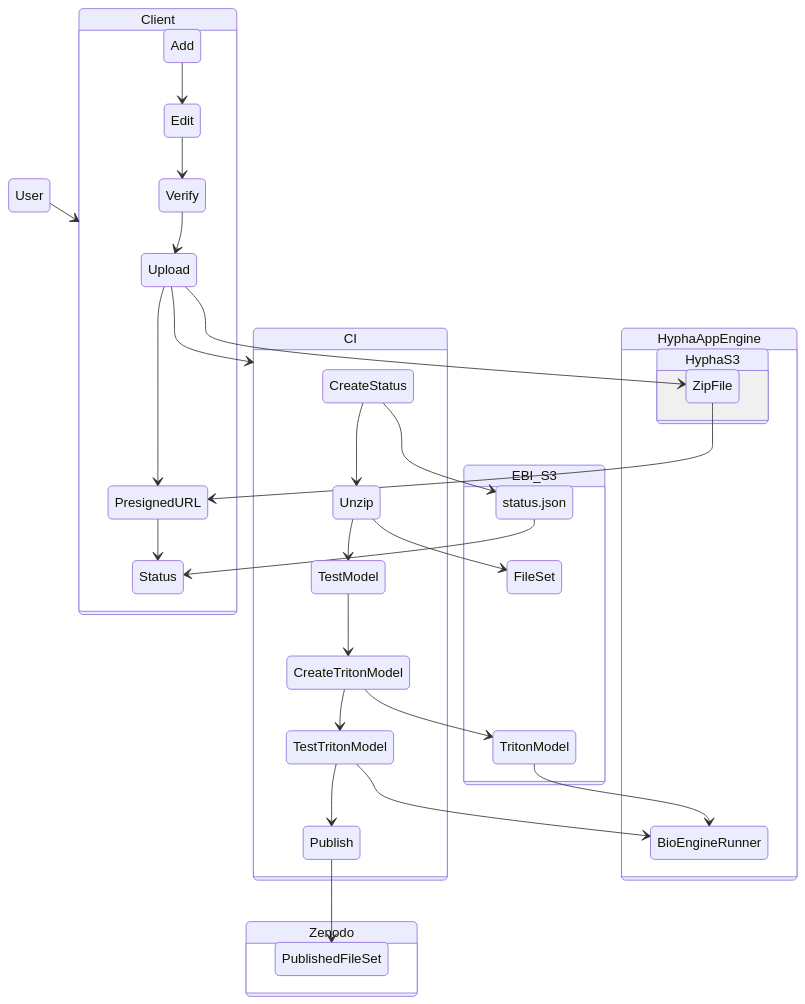
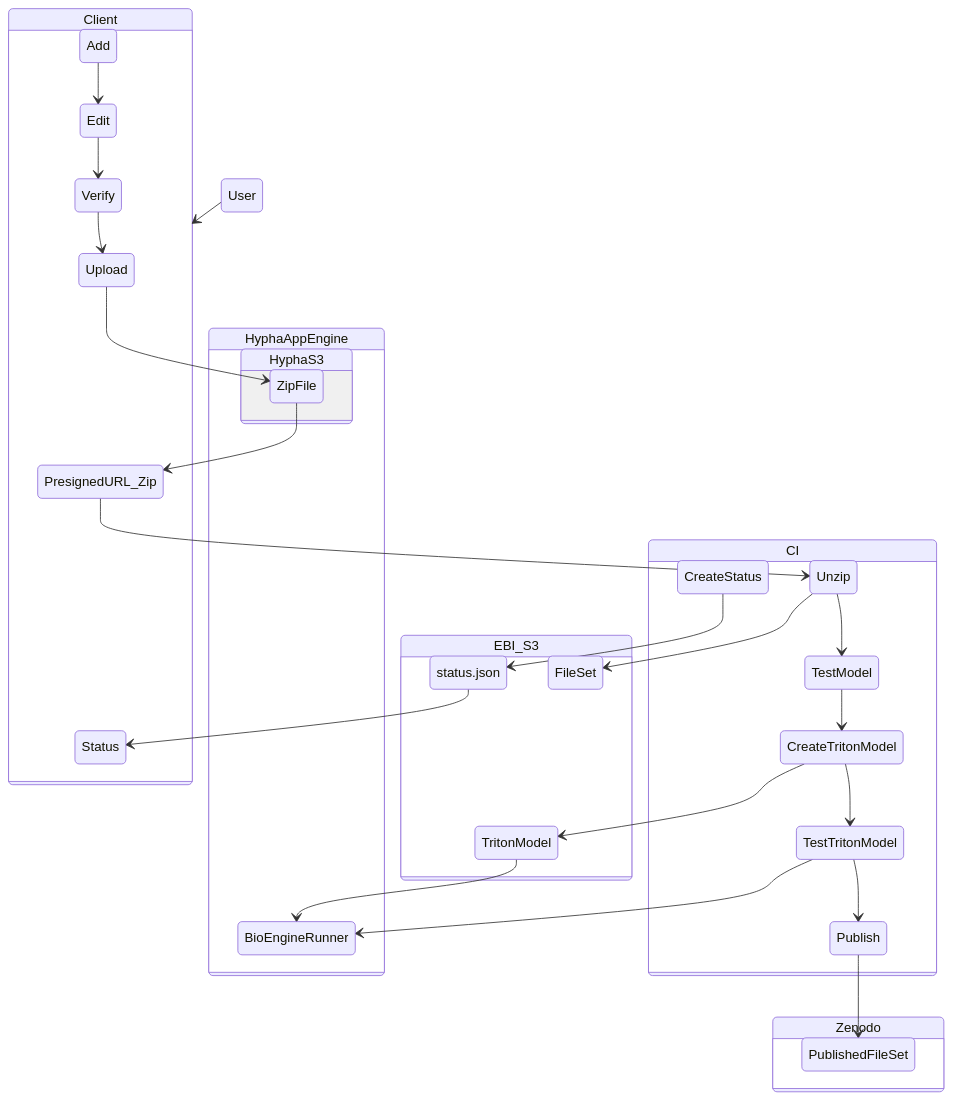
The diagram in README.md (bioimage-io/bioimageio-uploader), drawn with Mermaid before and after one commit.

Commit message:
Slight change to mermaid diagram to better represent system

````diff
--- a/README.md
+++ b/README.md
@@ -3,49 +3,51 @@
 ```mermaid
 stateDiagram-v2
     User --> Client
-    Upload --> CI
     Upload --> ZipFile
-    ZipFile --> PresignedURL
+    ZipFile --> PresignedURL_Zip
     CreateStatus --> status.json
     status.json --> Status
     Unzip --> FileSet
     CreateTritonModel --> TritonModel
     TestTritonModel --> BioEngineRunner
     TritonModel --> BioEngineRunner
     Publish --> PublishedFileSet
+    PresignedURL_Zip --> Unzip
+
 
     state Client {
         Add --> Edit
         Edit --> Verify
         Verify --> Upload
-        Upload --> PresignedURL
-        PresignedURL --> Status
+        PresignedURL_Zip
+        Status 
     }
 
     state CI{
-        CreateStatus --> Unzip
+        CreateStatus
         Unzip --> TestModel
         TestModel --> CreateTritonModel
         CreateTritonModel --> TestTritonModel
         TestTritonModel --> Publish
     }
 
     state HyphaAppEngine {
         HyphaS3
         BioEngineRunner
 
         state HyphaS3{
             ZipFile
         }
     }
 
     state EBI_S3 {
         status.json
         FileSet
         TritonModel
     }
 
     state Zenodo {
         PublishedFileSet
     }
+
 ```
````
